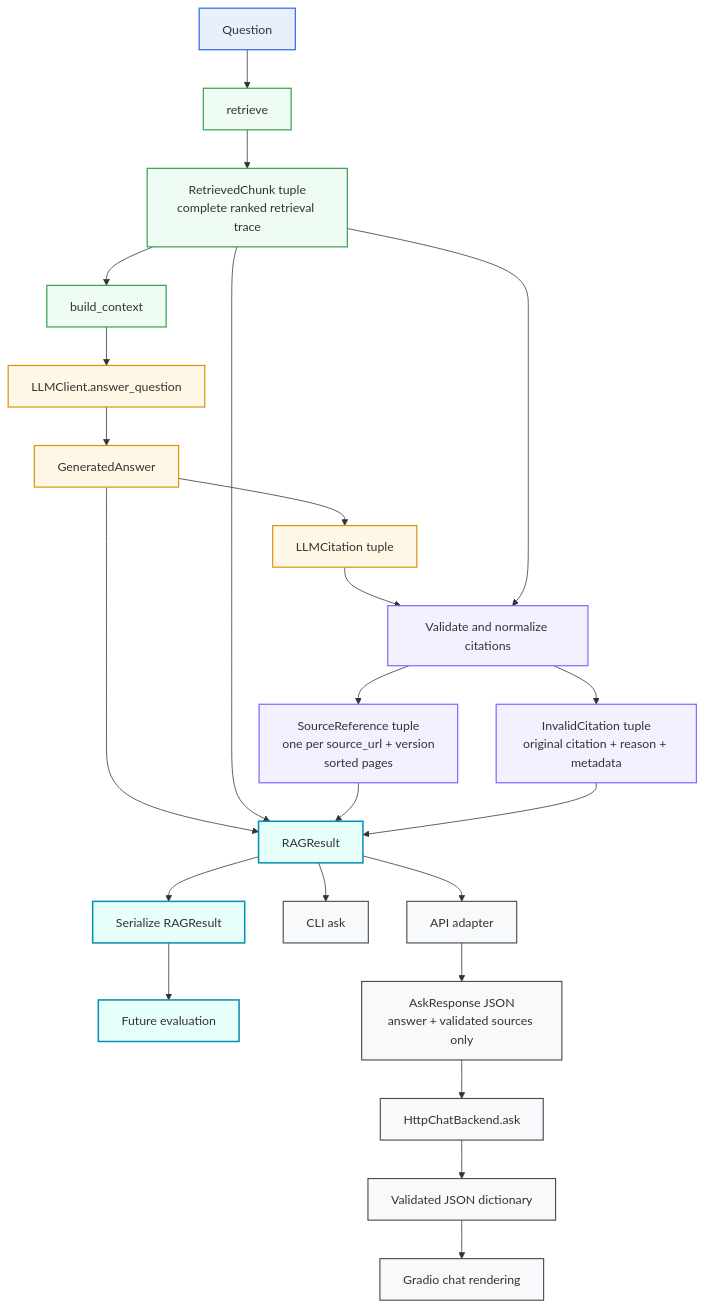
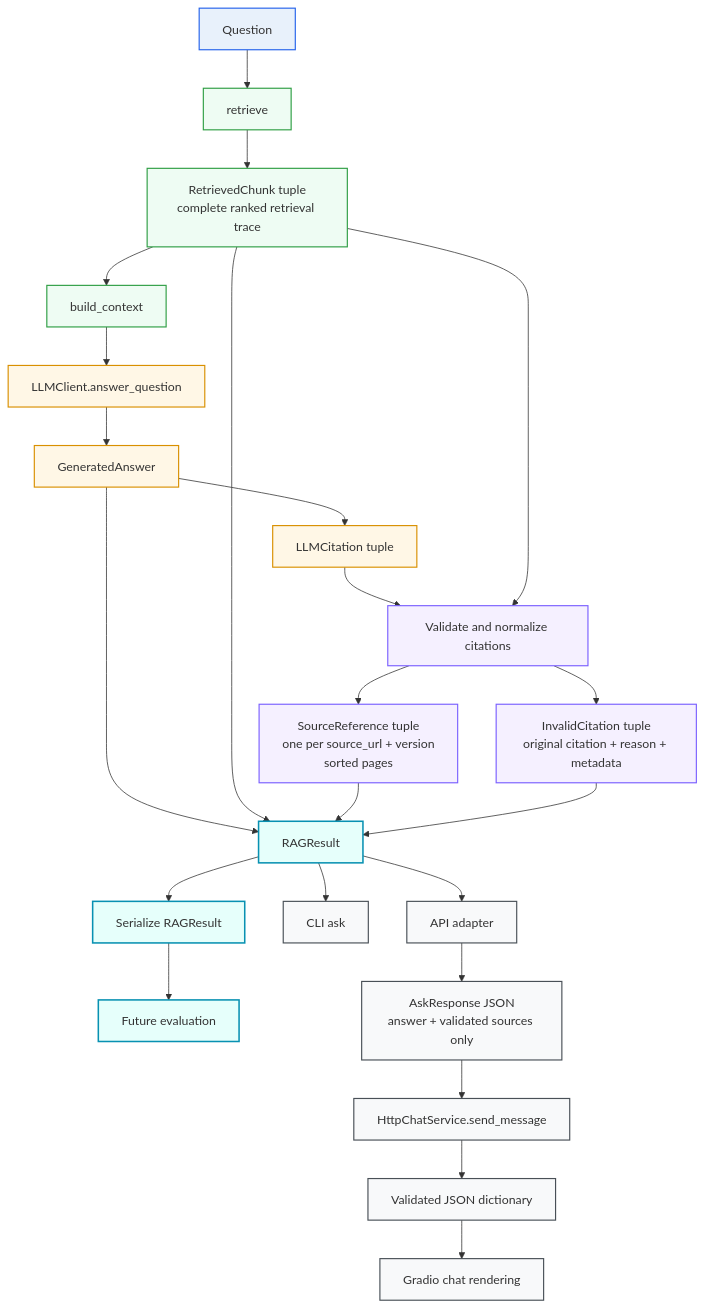
The diagram in docs/diagrams/rag-response-interfaces.mmd (QuentinElGuay/portfolio-ai-tour-guide), drawn with Mermaid before and after one commit. The commit also changed 102 other files, not shown here.

```diff
--- a/docs/diagrams/rag-response-interfaces.mmd
+++ b/docs/diagrams/rag-response-interfaces.mmd
@@ -1,45 +1,45 @@
 flowchart TD
     Q[Question]
 
     Q --> RET[retrieve]
     RET --> RC[RetrievedChunk tuple\ncomplete ranked retrieval trace]
 
     RC --> CTX[build_context]
     CTX --> LLM[LLMClient.answer_question]
     LLM --> GA[GeneratedAnswer]
     GA --> CIT[LLMCitation tuple]
 
     CIT --> VAL[Validate and normalize citations]
     RC --> VAL
 
     VAL --> SRC[SourceReference tuple\none per source_url + version\nsorted pages]
     VAL --> INV[InvalidCitation tuple\noriginal citation + reason + metadata]
 
     GA --> RAG[RAGResult]
     RC --> RAG
     SRC --> RAG
     INV --> RAG
 
     RAG --> SER[Serialize RAGResult]
     SER --> EVAL[Future evaluation]
 
     RAG --> CLI[CLI ask]
     RAG --> API[API adapter]
     API --> JSON[AskResponse JSON\nanswer + validated sources only]
-    JSON --> HTTP[HttpChatBackend.ask]
+    JSON --> HTTP[HttpChatService.send_message]
     HTTP --> DICT[Validated JSON dictionary]
     DICT --> UI[Gradio chat rendering]
 
     classDef input fill:#e8f1fb,stroke:#2563eb,stroke-width:1.5px;
     classDef retrieval fill:#eefcf3,stroke:#2f9e44,stroke-width:1.5px;
     classDef generation fill:#fff7e6,stroke:#d99000,stroke-width:1.5px;
     classDef validation fill:#f5f0ff,stroke:#7b61ff,stroke-width:1.5px;
     classDef result fill:#e6fffb,stroke:#0891b2,stroke-width:2px;
     classDef output fill:#f8f9fa,stroke:#495057,stroke-width:1.5px;
 
     class Q input;
     class RET,RC,CTX retrieval;
     class LLM,GA,CIT generation;
     class VAL,SRC,INV validation;
     class RAG,SER,EVAL result;
     class CLI,API,JSON,HTTP,DICT,UI output;
```
